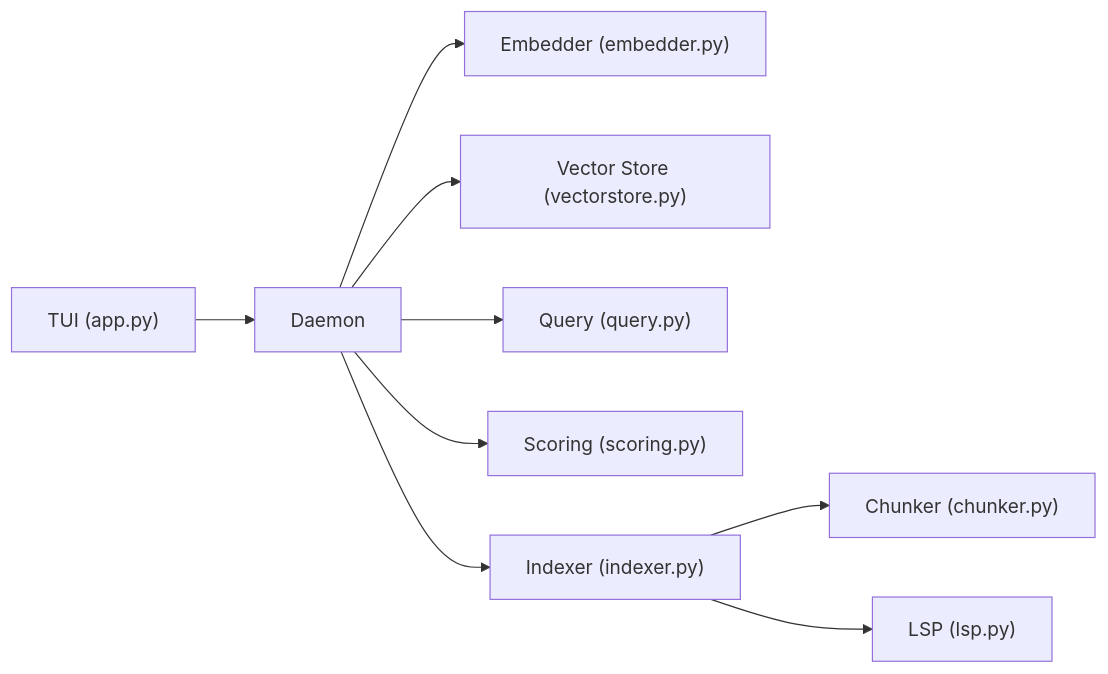
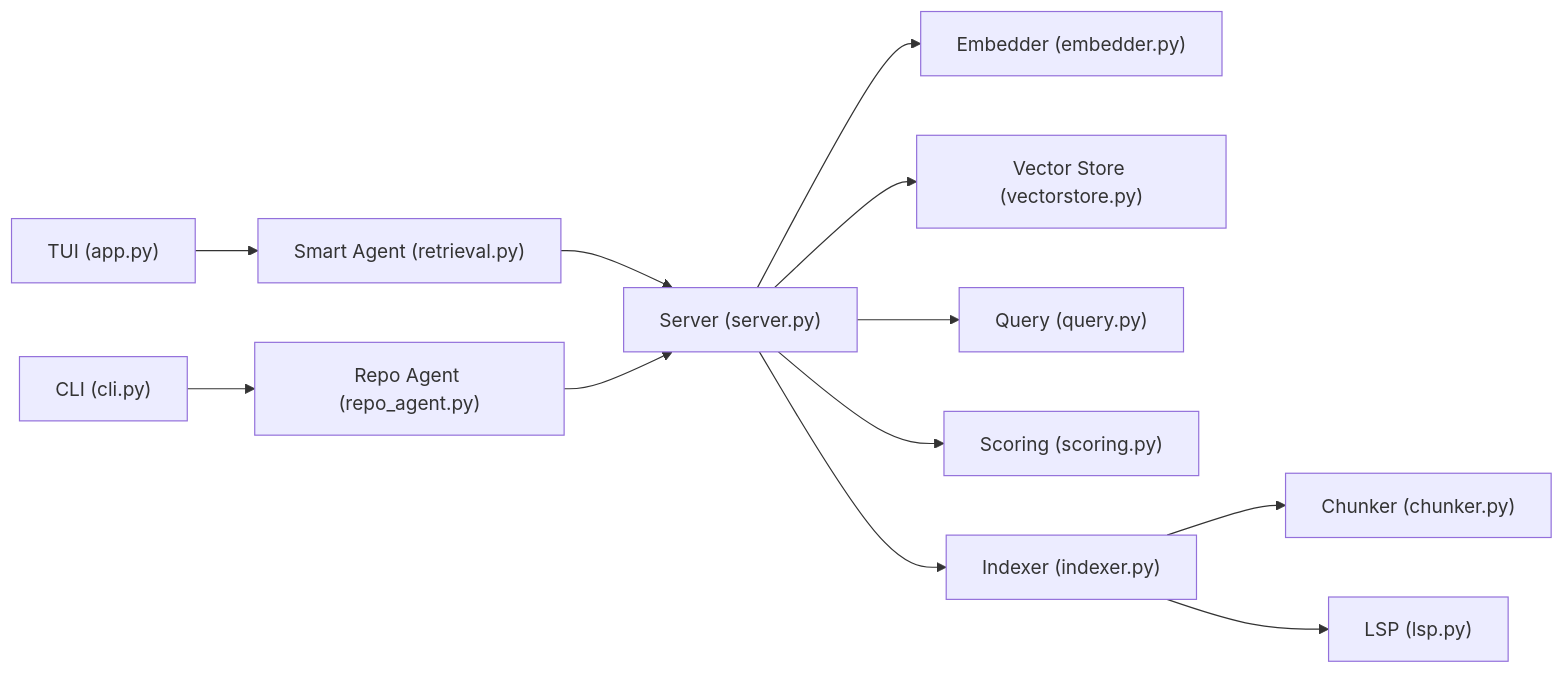
One commit to NcitDev/ragsystem changed diagram 14 of 14 in docs/wiki/Core Concepts/RAG Fundamentals.md. Above: the diagram before and after it, drawn with Mermaid. The commit also changed other lines of this file and 27 other files, not shown here.

````diff
--- a/docs/wiki/Core Concepts/RAG Fundamentals.md
+++ b/docs/wiki/Core Concepts/RAG Fundamentals.md
@@ -280,11 +600,14 @@
 ```mermaid
 graph LR
-TUI["TUI (app.py)"] --> Daemon["Daemon"]
-Daemon --> EMB["Embedder (embedder.py)"]
-Daemon --> VS["Vector Store (vectorstore.py)"]
-Daemon --> QRY["Query (query.py)"]
-Daemon --> SCR["Scoring (scoring.py)"]
-Daemon --> IDX["Indexer (indexer.py)"]
+TUI["TUI (app.py)"] --> SMART["Smart Agent (retrieval.py)"]
+CLI["CLI (cli.py)"] --> REPO["Repo Agent (repo_agent.py)"]
+SMART --> SERVER["Server (server.py)"]
+REPO --> SERVER
+SERVER --> EMB["Embedder (embedder.py)"]
+SERVER --> VS["Vector Store (vectorstore.py)"]
+SERVER --> QRY["Query (query.py)"]
+SERVER --> SCR["Scoring (scoring.py)"]
+SERVER --> IDX["Indexer (indexer.py)"]
 IDX --> CHUNK["Chunker (chunker.py)"]
 IDX --> LSP["LSP (lsp.py)"]
 ```
````
